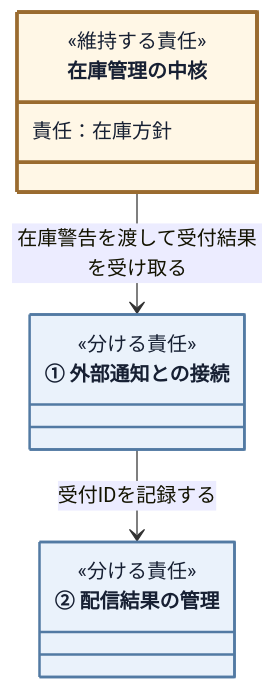
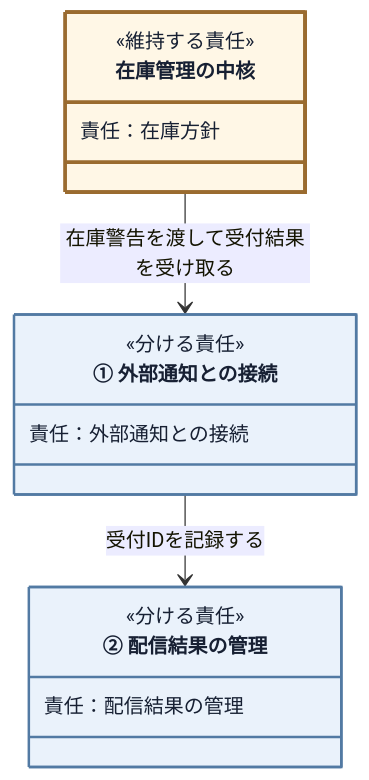
One commit to kumachan1101-pixel/DesignPattern changed the ninth of 19 diagrams in kindle/design-patterns/books/volume01-core-patterns/output/05-chapter03.md. Above: the diagram before and after it, drawn with Mermaid. The commit also changed other lines of this file and 19 other files, not shown here.

````diff
--- a/kindle/design-patterns/books/volume01-core-patterns/output/05-chapter03.md
+++ b/kindle/design-patterns/books/volume01-core-patterns/output/05-chapter03.md
@@ -1497,20 +1481,22 @@
 ```mermaid
 classDiagram
     %% provisional-role-diagram
     direction TB
     class InventoryPolicy["在庫管理の中核"]:::current {
         <<維持する責任>>
         責任：在庫方針
     }
     class NotificationConnection["① 外部通知との接続"]:::separated {
         <<分ける責任>>
+        責任：外部通知との接続
     }
     class DeliveryTracking["② 配信結果の管理"]:::separated {
         <<分ける責任>>
+        責任：配信結果の管理
     }
     InventoryPolicy --> NotificationConnection : 在庫警告を渡して受付結果を受け取る
     NotificationConnection --> DeliveryTracking : 受付IDを記録する
 
     classDef separated fill:#eaf2fb,stroke:#527aa3,stroke-width:2px,color:#172033;
     classDef current fill:#fff7e6,stroke:#9a6b2f,stroke-width:3px,color:#172033;
 ```
````
